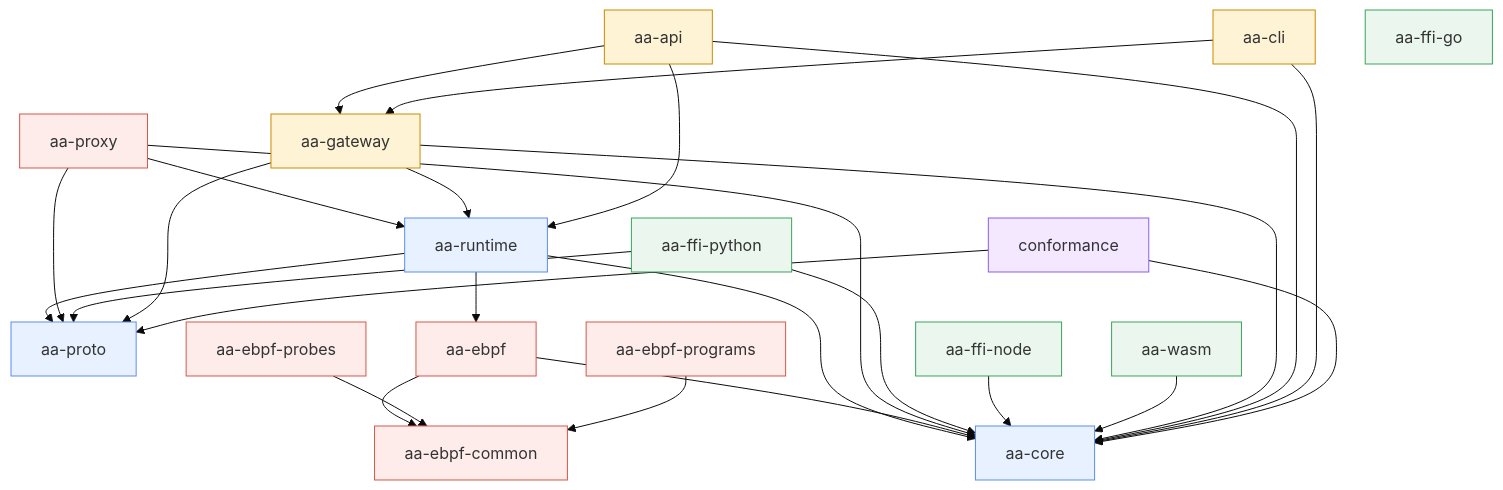
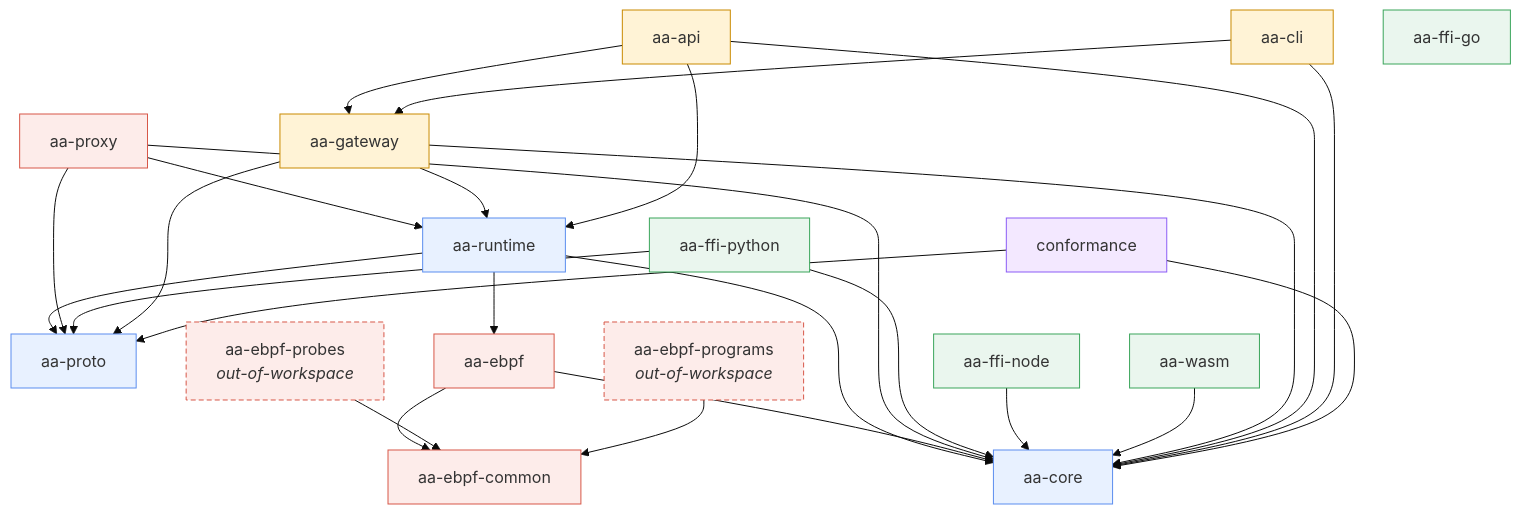
One commit to AI-agent-assembly/agent-assembly changed the first of 4 diagrams in docs/src/architecture.md. Above: the diagram before and after it, drawn with Mermaid (base theme). The commit also changed other lines of this file, not shown here.

Commit message:
📝 (docs/arch): Correct workspace count and mark probes/programs as out-of-workspace

````diff
--- a/docs/src/architecture.md
+++ b/docs/src/architecture.md
@@ -9,59 +9,60 @@
 ```mermaid
 graph TD
     classDef foundation fill:#e8f1ff,stroke:#5b8def
     classDef ebpf fill:#fdecea,stroke:#d75748
     classDef ffi fill:#eaf6ee,stroke:#3aa55b
     classDef control fill:#fff3d6,stroke:#c98a00
     classDef edge fill:#f3e8ff,stroke:#8b5cf6
+    classDef outOfWorkspace fill:#fdecea,stroke:#d75748,stroke-dasharray: 5 3
 
     aa_core[aa-core]:::foundation
     aa_proto[aa-proto]:::foundation
     aa_ebpf_common[aa-ebpf-common]:::ebpf
 
     aa_runtime[aa-runtime]:::foundation
     aa_ebpf[aa-ebpf]:::ebpf
-    aa_ebpf_probes[aa-ebpf-probes]:::ebpf
-    aa_ebpf_programs[aa-ebpf-programs]:::ebpf
+    aa_ebpf_probes["aa-ebpf-probes<br/><i>out-of-workspace</i>"]:::outOfWorkspace
+    aa_ebpf_programs["aa-ebpf-programs<br/><i>out-of-workspace</i>"]:::outOfWorkspace
     aa_proxy[aa-proxy]:::ebpf
 
     aa_gateway[aa-gateway]:::control
     aa_api[aa-api]:::control
     aa_cli[aa-cli]:::control
 
     aa_ffi_python[aa-ffi-python]:::ffi
     aa_ffi_node[aa-ffi-node]:::ffi
     aa_ffi_go[aa-ffi-go]:::ffi
     aa_wasm[aa-wasm]:::ffi
 
     conformance[conformance]:::edge
 
     aa_runtime --> aa_core
     aa_runtime --> aa_proto
     aa_runtime --> aa_ebpf
 
     aa_ebpf --> aa_core
     aa_ebpf --> aa_ebpf_common
     aa_ebpf_probes --> aa_ebpf_common
     aa_ebpf_programs --> aa_ebpf_common
 
     aa_proxy --> aa_core
     aa_proxy --> aa_proto
     aa_proxy --> aa_runtime
 
     aa_ffi_python --> aa_core
     aa_ffi_python --> aa_proto
     aa_ffi_node --> aa_core
     aa_wasm --> aa_core
 
     aa_gateway --> aa_core
     aa_gateway --> aa_proto
     aa_gateway --> aa_runtime
     aa_api --> aa_core
     aa_api --> aa_gateway
     aa_api --> aa_runtime
     aa_cli --> aa_core
     aa_cli --> aa_gateway
 
     conformance --> aa_core
     conformance --> aa_proto
 ```
````
